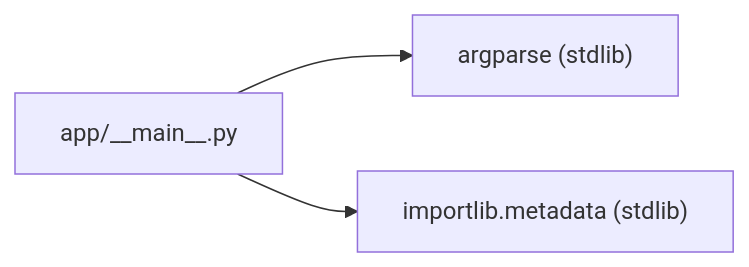
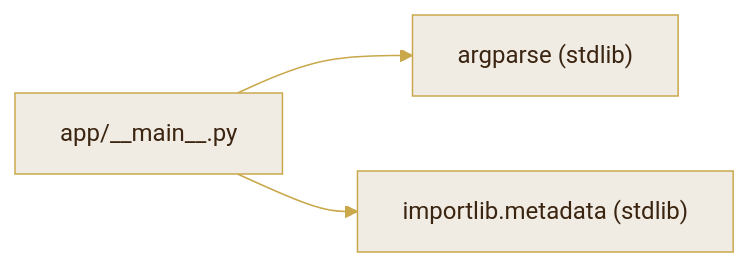
One commit to nullhack/python-project-template changed the third of 3 diagrams in docs/system.md. Above: the diagram before and after it, drawn with Mermaid. The commit also changed other lines of this file and 9 other files, not shown here.

Commit message:
feat(docs): apply branding accent colors to mermaid diagrams in system.md

````diff
--- a/docs/system.md
+++ b/docs/system.md
@@ -100,9 +107,10 @@
 ```mermaid
+%%{init: {'theme': 'base', 'themeVariables': {'primaryColor': '#f0ece4', 'primaryTextColor': '#3b2410', 'primaryBorderColor': '#c9a84c', 'lineColor': '#c9a84c', 'edgeLabelBackground': '#faf7f2'}}}%%
 graph LR
   main["app/__main__.py"]
   argparse["argparse (stdlib)"]
   metadata["importlib.metadata (stdlib)"]
 
   main --> argparse
   main --> metadata
 ```
````
